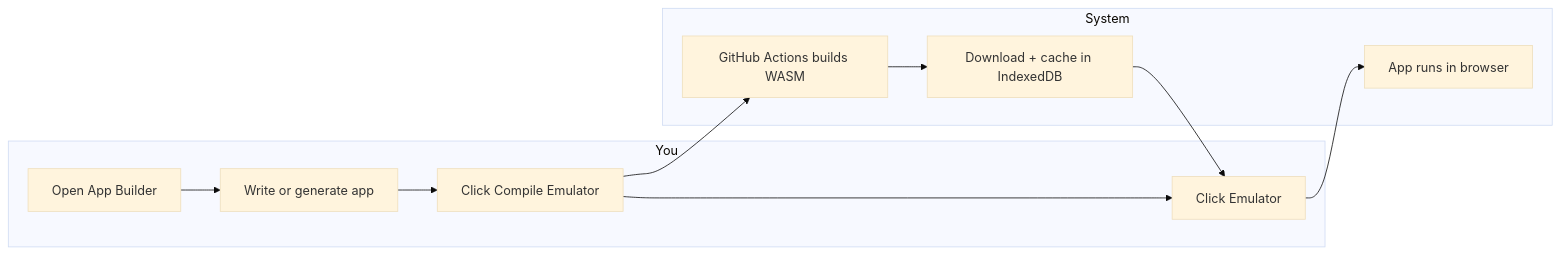
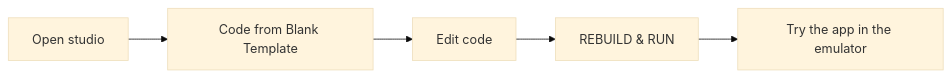
One commit to CyberFidget/cyberfidget-docs changed the first of 4 diagrams in docs/software/emulator.md. Above: the diagram before and after it, drawn with Mermaid (base theme). The commit also changed other lines of this file and 20 other files, not shown here.

First line of the commit message:
Make every docs code example compile in the studio starter

````diff
--- a/docs/software/emulator.md
+++ b/docs/software/emulator.md
@@ -23,14 +23,7 @@
-``` mermaid
+```mermaid
 flowchart LR
-  subgraph You
-    A[Open App Builder] --> B[Write or generate app]
-    B --> C[Click Compile Emulator]
-    C --> D[Click Emulator]
-  end
-  subgraph System
-    C --> E[GitHub Actions builds WASM]
-    E --> F[Download + cache in IndexedDB]
-    F --> D
-    D --> G[App runs in browser]
-  end
+    A[Open studio] --> B[Code from Blank Template]
+    B --> C[Edit code]
+    C --> D[REBUILD & RUN]
+    D --> E[Try the app in the emulator]
 ```
````
